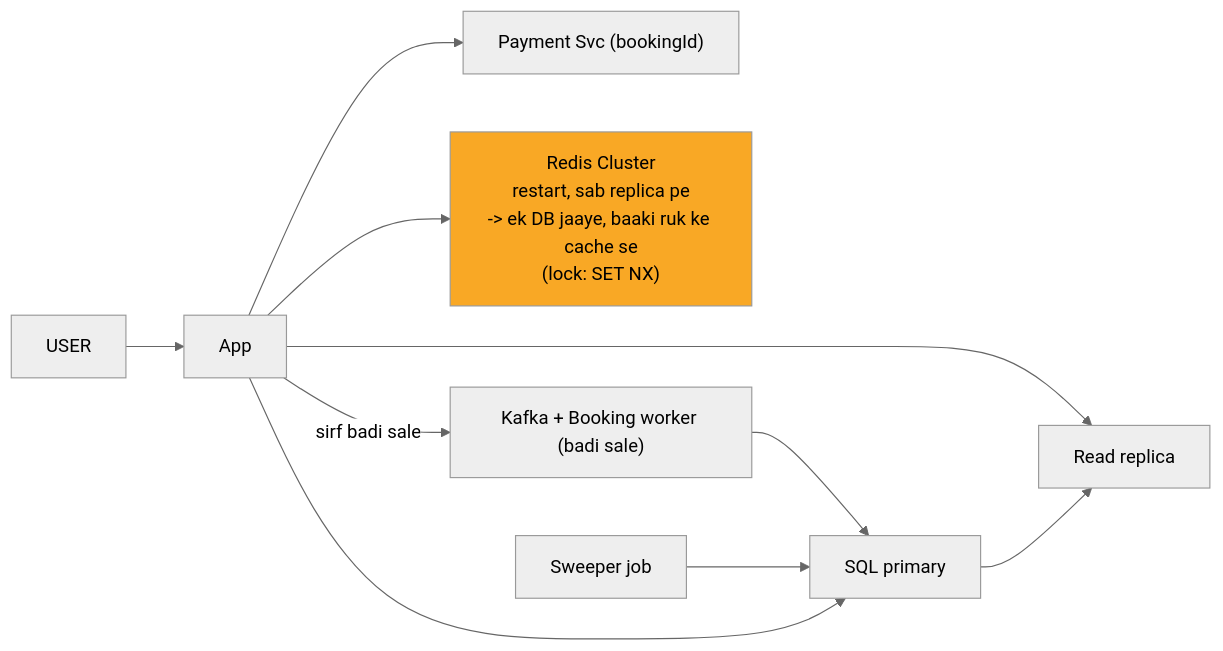
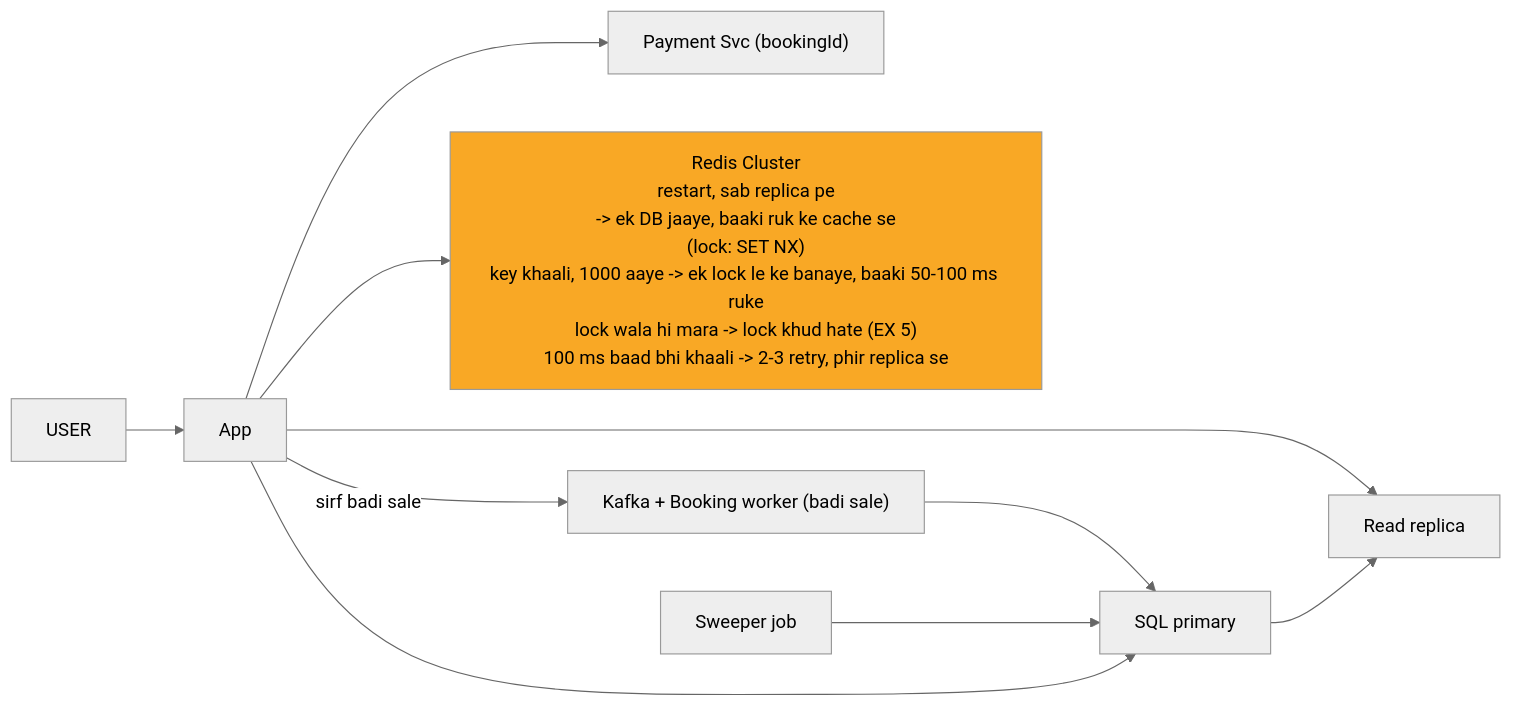
Before and after one commit to ArpanMaheshwari144/Prep: the seventh of 9 diagrams in 04_HLD/SYSTEM_DESIGNS/09_bookmyshow/09_bookmyshow_INTERVIEW.md, drawn with Mermaid (neutral theme). The commit also changed other lines of this file and 12 other files, not shown here.

Commit message:
hld 02-14: peele dabbe me SAFAR ke mod + diagram chauda (wrappingWidth 450)

````diff
--- a/04_HLD/SYSTEM_DESIGNS/09_bookmyshow/09_bookmyshow_INTERVIEW.md
+++ b/04_HLD/SYSTEM_DESIGNS/09_bookmyshow/09_bookmyshow_INTERVIEW.md
@@ -265,21 +271,22 @@
 ```mermaid
+%%{init: {"flowchart": {"wrappingWidth": 450}}}%%
 flowchart LR
     n_USER["USER"]
     n_App["App"]
     n_Payment_Svc["Payment Svc (bookingId)"]
-    n_Redis["Redis Cluster<br/>restart, sab replica pe<br/>-> ek DB jaaye, baaki ruk ke cache se<br/>(lock: SET NX)"]
+    n_Redis["Redis Cluster<br/>restart, sab replica pe<br/>-> ek DB jaaye, baaki ruk ke cache se<br/>(lock: SET NX)<br/>key khaali, 1000 aaye -> ek lock le ke banaye, baaki 50-100 ms ruke<br/>lock wala hi mara -> lock khud hate (EX 5)<br/>100 ms baad bhi khaali -> 2-3 retry, phir replica se"]
     n_Read_replica["Read replica"]
     n_KB["Kafka + Booking worker (badi sale)"]
     n_SQL_primary["SQL primary"]
     n_Sweeper_job["Sweeper job"]
     n_USER --> n_App
     n_App --> n_Payment_Svc
     n_App --> n_Redis
     n_App --> n_Read_replica
     n_App -->|sirf badi sale| n_KB
     n_KB --> n_SQL_primary
     n_Sweeper_job --> n_SQL_primary
     n_App --> n_SQL_primary
     n_SQL_primary --> n_Read_replica
     style n_Redis fill:#f9a825,color:#000
 ```
````
